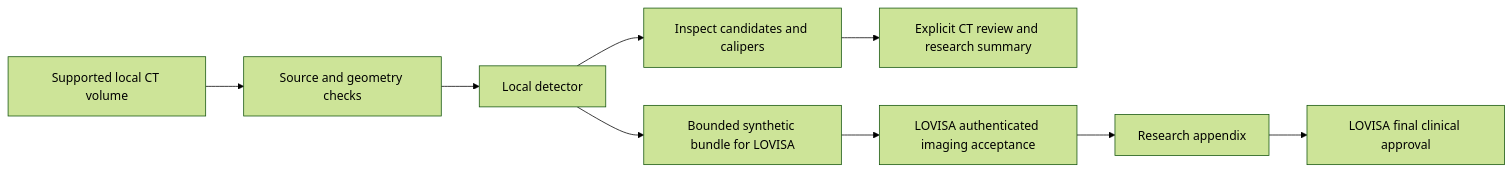
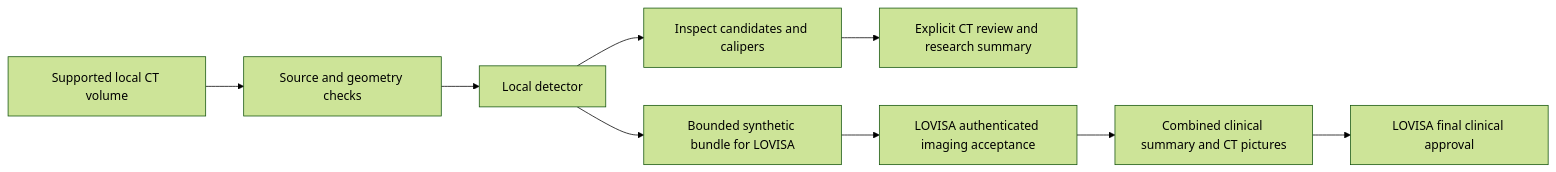
The diagram in README.md (LilyC2024/ai-medimg-2.5D-CT), drawn with Mermaid (forest theme) before and after one commit. The commit also changed other lines of this file and 4 other files, not shown here.

````diff
--- a/README.md
+++ b/README.md
@@ -32,11 +32,11 @@
 ```mermaid
 flowchart LR
     CT[Supported local CT volume] --> Q[Source and geometry checks]
     Q --> D[Local detector]
     D --> V[Inspect candidates and calipers]
     V --> R[Explicit CT review and research summary]
     D --> B[Bounded synthetic bundle for LOVISA]
     B --> I[LOVISA authenticated imaging acceptance]
-    I --> A[Research appendix]
+    I --> A[Combined clinical summary and CT pictures]
     A --> F[LOVISA final clinical approval]
 ```
````
